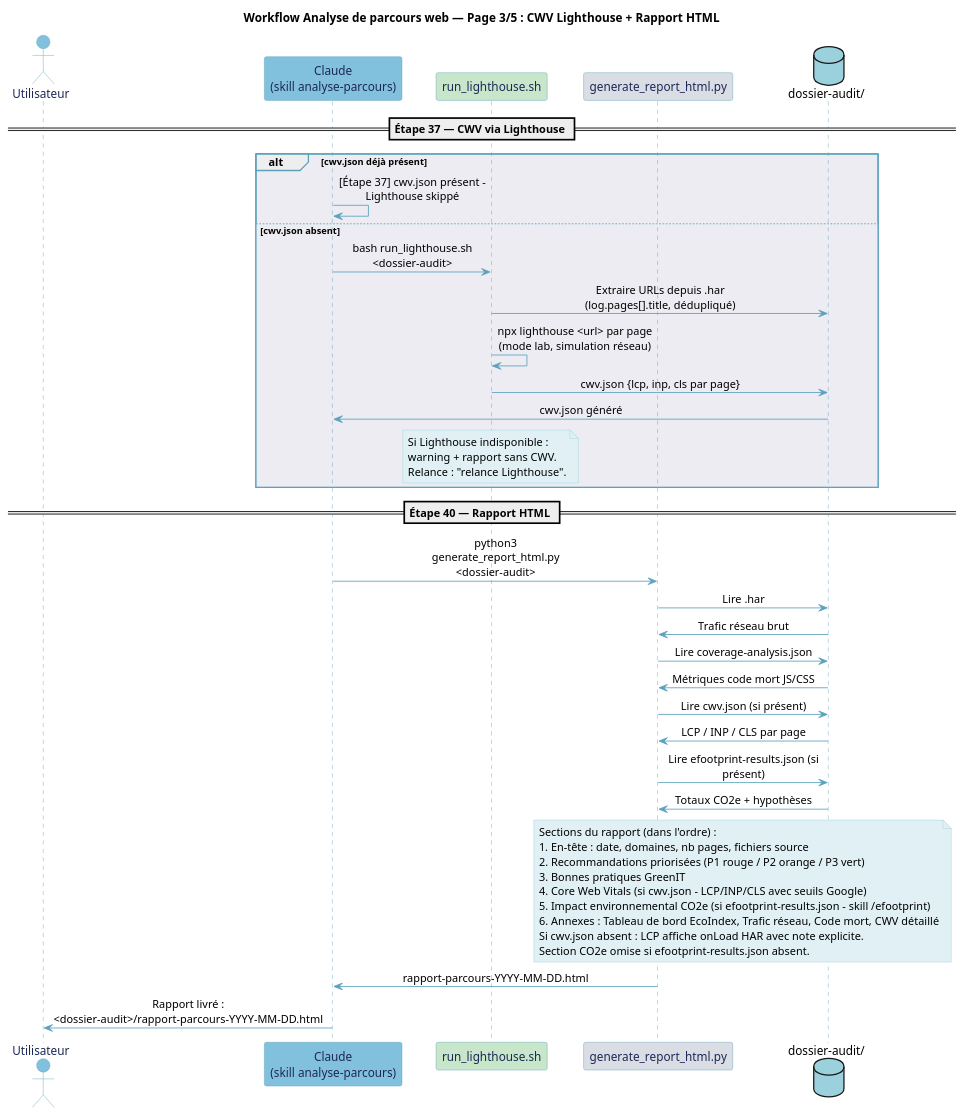
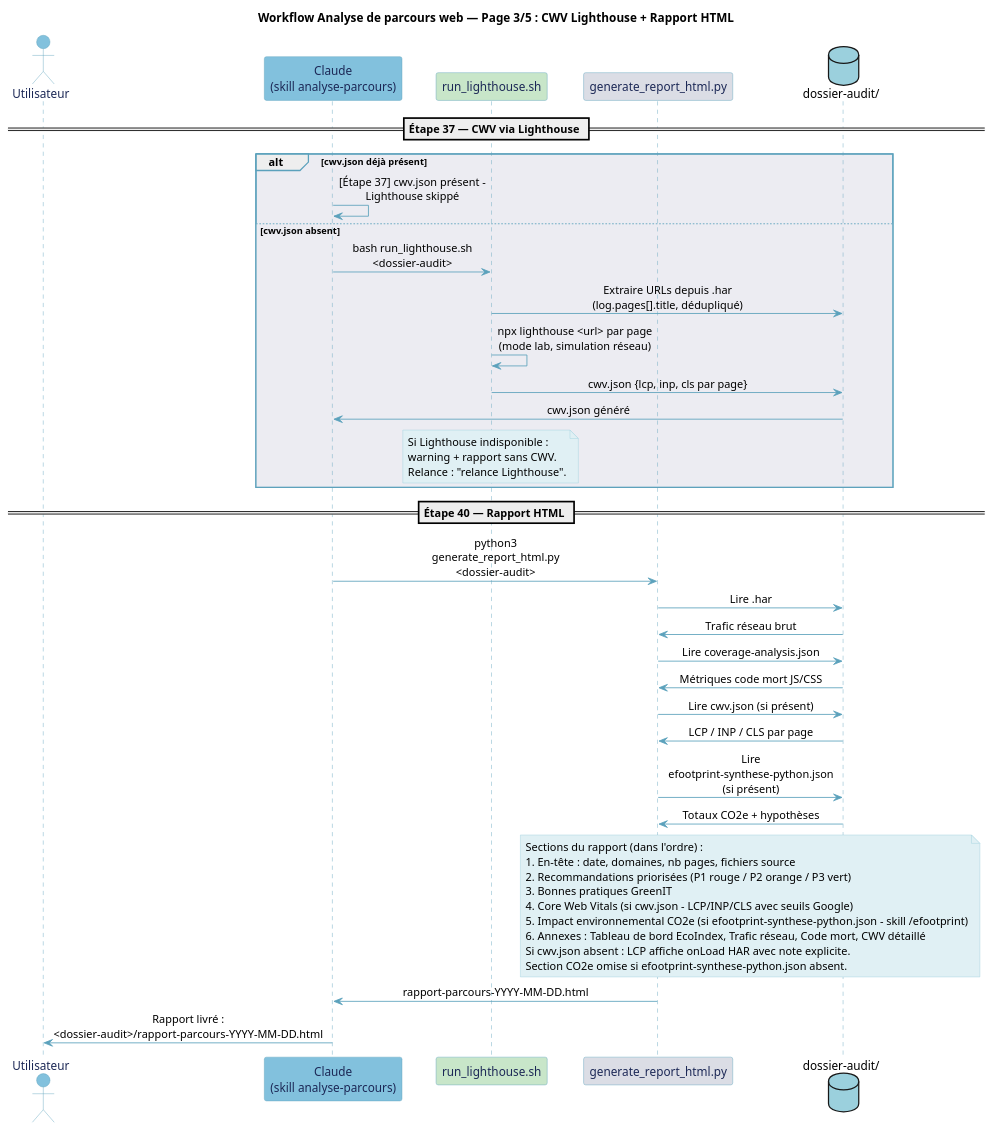
Before and after one commit to Boavizta/eroom: the diagram in documentation/diagramme/analyse-parcours-p3.puml, drawn with PlantUML. The commit also changed 19 other files, not shown here.

First line of the commit message:
feat(efootprint): diagramme unifie avec hypotheses, synthese CO2e claire, renommage model/results.json

```diff
--- a/documentation/diagramme/analyse-parcours-p3.puml
+++ b/documentation/diagramme/analyse-parcours-p3.puml
@@ -1,75 +1,75 @@
 @startuml analyse-parcours-p3
 title Workflow Analyse de parcours web — Page 3/5 : CWV Lighthouse + Rapport HTML
 
 skinparam backgroundColor #FFFFFF
 skinparam participant {
   BackgroundColor #E0F0F4
   BorderColor #5BA1BC
   FontColor #1C2856
 }
 skinparam actor {
   BackgroundColor #E0F0F4
   BorderColor #5BA1BC
   FontColor #1C2856
 }
 skinparam ArrowColor #5BA1BC
 skinparam SequenceLifeLineBorderColor #5BA1BC
 skinparam SequenceGroupBodyBackgroundColor #ECECF2
 skinparam SequenceGroupBorderColor #5BA1BC
 skinparam NoteBackgroundColor #E0F0F4
 skinparam NoteBorderColor #9BD0DD
 skinparam sequenceMessageAlign center
 skinparam maxMessageSize 200
 skinparam responseMessageBelowArrow true
 
 actor "Utilisateur" as U #82C1DD
 participant "Claude\n(skill analyse-parcours)" as C #82C1DD
 participant "run_lighthouse.sh" as LH #C8E6C9
 participant "generate_report_html.py" as GR #DBDDE5
 database "dossier-audit/" as FS #9BD0DD
 
 == Étape 37 — CWV via Lighthouse ==
 
 alt cwv.json déjà présent
   C -> C : [Étape 37] cwv.json présent - Lighthouse skippé
 else cwv.json absent
   C -> LH : bash run_lighthouse.sh <dossier-audit>
   LH -> FS : Extraire URLs depuis .har\n(log.pages[].title, dédupliqué)
   LH -> LH : npx lighthouse <url> par page\n(mode lab, simulation réseau)
   LH -> FS : cwv.json {lcp, inp, cls par page}
   FS -> C : cwv.json généré
   note over LH
     Si Lighthouse indisponible :
     warning + rapport sans CWV.
     Relance : "relance Lighthouse".
   end note
 end
 
 == Étape 40 — Rapport HTML ==
 
 C -> GR : python3 generate_report_html.py <dossier-audit>
 GR -> FS : Lire .har
 FS -> GR : Trafic réseau brut
 GR -> FS : Lire coverage-analysis.json
 FS -> GR : Métriques code mort JS/CSS
 GR -> FS : Lire cwv.json (si présent)
 FS -> GR : LCP / INP / CLS par page
-GR -> FS : Lire efootprint-results.json (si présent)
+GR -> FS : Lire efootprint-synthese-python.json (si présent)
 FS -> GR : Totaux CO2e + hypothèses
 
 note over GR, FS
   Sections du rapport (dans l'ordre) :
   1. En-tête : date, domaines, nb pages, fichiers source
   2. Recommandations priorisées (P1 rouge / P2 orange / P3 vert)
   3. Bonnes pratiques GreenIT
   4. Core Web Vitals (si cwv.json - LCP/INP/CLS avec seuils Google)
-  5. Impact environnemental CO2e (si efootprint-results.json - skill /efootprint)
+  5. Impact environnemental CO2e (si efootprint-synthese-python.json - skill /efootprint)
   6. Annexes : Tableau de bord EcoIndex, Trafic réseau, Code mort, CWV détaillé
   Si cwv.json absent : LCP affiche onLoad HAR avec note explicite.
-  Section CO2e omise si efootprint-results.json absent.
+  Section CO2e omise si efootprint-synthese-python.json absent.
 end note
 
 GR -> C : rapport-parcours-YYYY-MM-DD.html
 C -> U : Rapport livré :\n<dossier-audit>/rapport-parcours-YYYY-MM-DD.html
 
 @enduml
```
